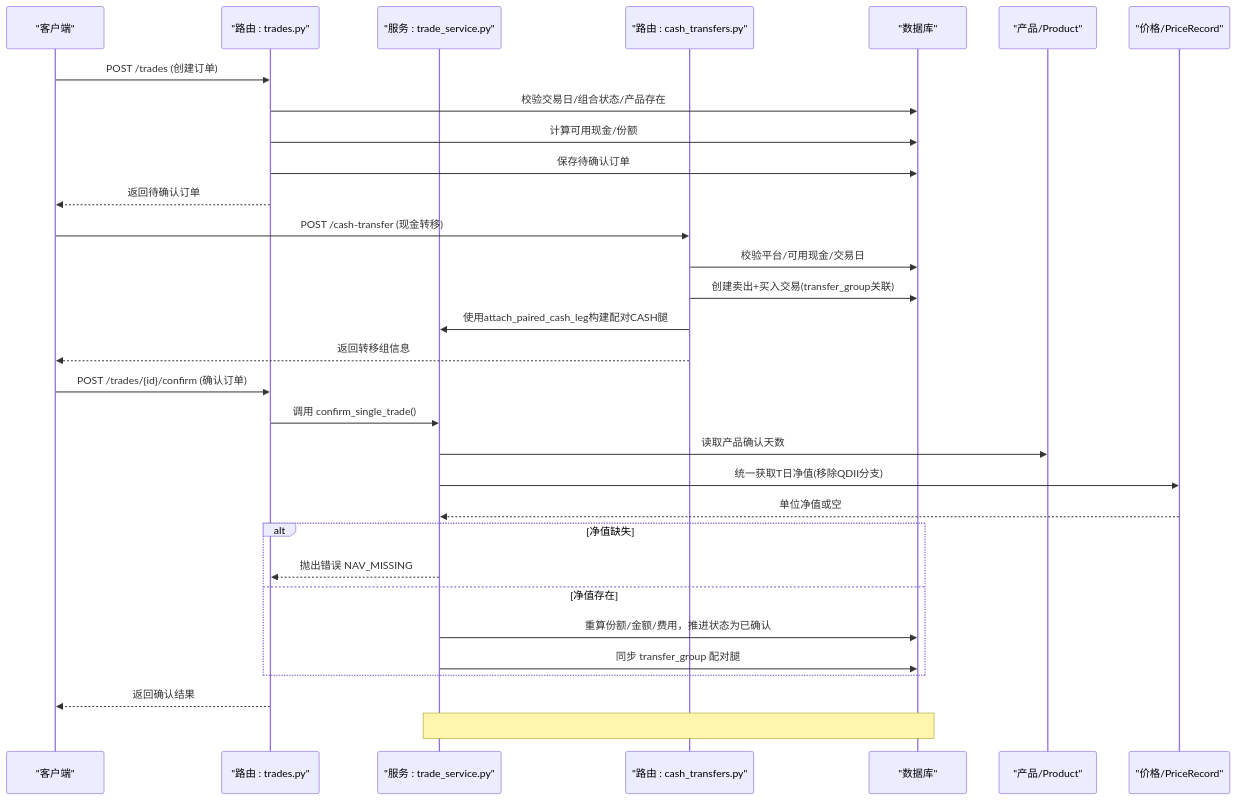
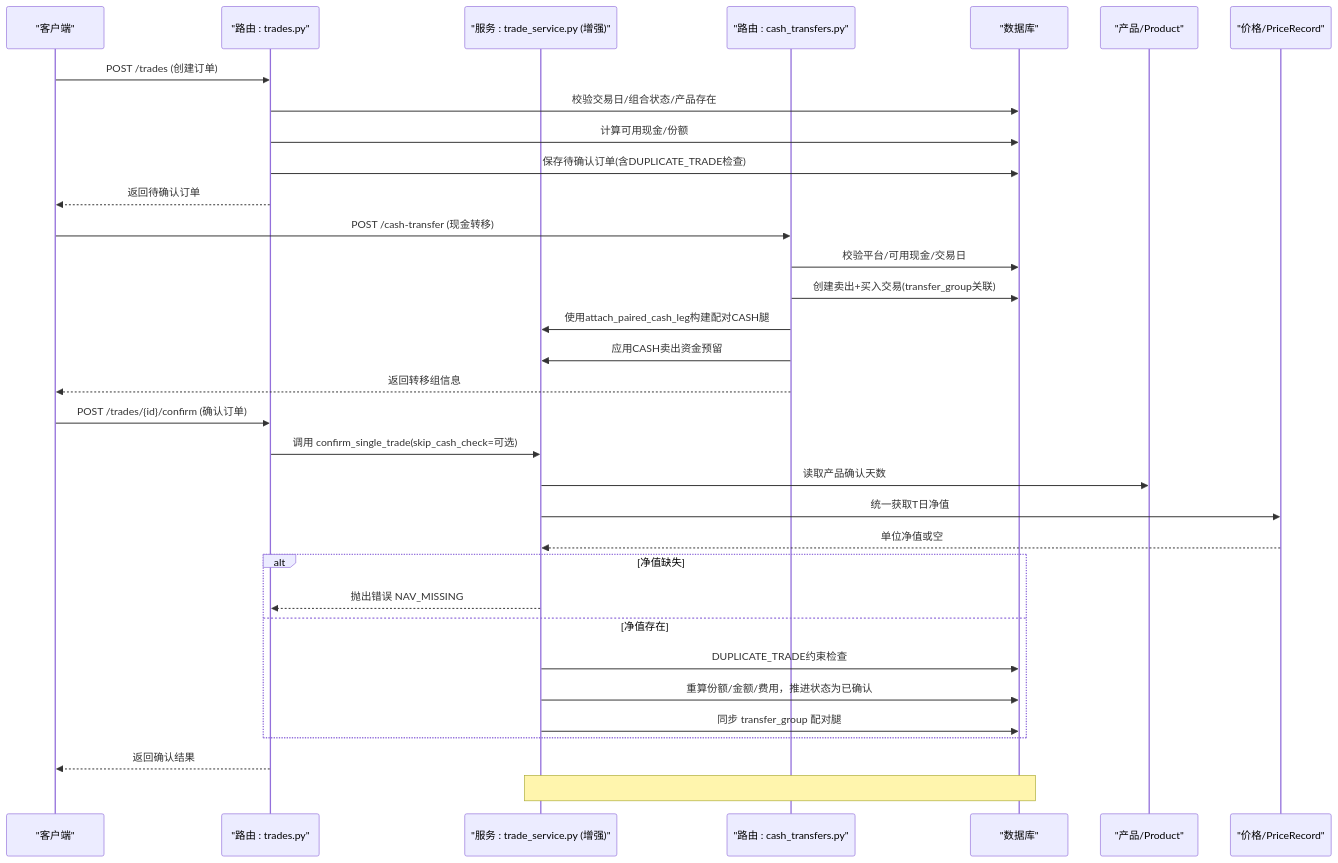
One commit to gujialind/InvestRing changed the second of 16 diagrams in .qoder/repowiki/zh/content/核心业务功能/交易处理.md. Above: the diagram before and after it, drawn with Mermaid. The commit also changed other lines of this file and 15 other files, not shown here.

````diff
--- a/.qoder/repowiki/zh/content/核心业务功能/交易处理.md
+++ b/.qoder/repowiki/zh/content/核心业务功能/交易处理.md
@@ -162,33 +162,35 @@
 ```mermaid
 sequenceDiagram
 participant C as "客户端"
 participant R as "路由 : trades.py"
-participant ST as "服务 : trade_service.py"
+participant ST as "服务 : trade_service.py (增强)"
 participant RC as "路由 : cash_transfers.py"
 participant DB as "数据库"
 participant P as "产品/Product"
 participant PR as "价格/PriceRecord"
 C->>R : POST /trades (创建订单)
 R->>DB : 校验交易日/组合状态/产品存在
 R->>DB : 计算可用现金/份额
-R->>DB : 保存待确认订单
+R->>DB : 保存待确认订单(含DUPLICATE_TRADE检查)
 R-->>C : 返回待确认订单
 C->>RC : POST /cash-transfer (现金转移)
 RC->>DB : 校验平台/可用现金/交易日
 RC->>DB : 创建卖出+买入交易(transfer_group关联)
 RC->>ST : 使用attach_paired_cash_leg构建配对CASH腿
+RC->>ST : 应用CASH卖出资金预留
 RC-->>C : 返回转移组信息
 C->>R : POST /trades/{id}/confirm (确认订单)
-R->>ST : 调用 confirm_single_trade()
+R->>ST : 调用 confirm_single_trade(skip_cash_check=可选)
 ST->>P : 读取产品确认天数
-ST->>PR : 统一获取T日净值(移除QDII分支)
+ST->>PR : 统一获取T日净值
 PR-->>ST : 单位净值或空
 alt 净值缺失
 ST-->>R : 抛出错误 NAV_MISSING
 else 净值存在
+ST->>DB : DUPLICATE_TRADE约束检查
 ST->>DB : 重算份额/金额/费用，推进状态为已确认
 ST->>DB : 同步 transfer_group 配对腿
 end
 R-->>C : 返回确认结果
 Note over ST,DB : #37 使用 FOR UPDATE 锁和 savepoint 保证并发安全
 ```
````
